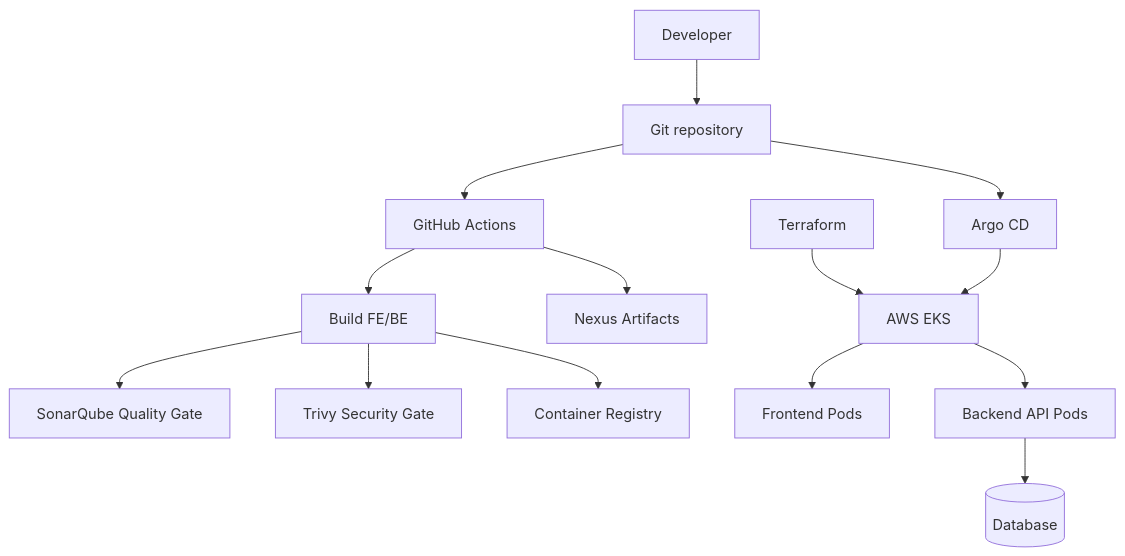
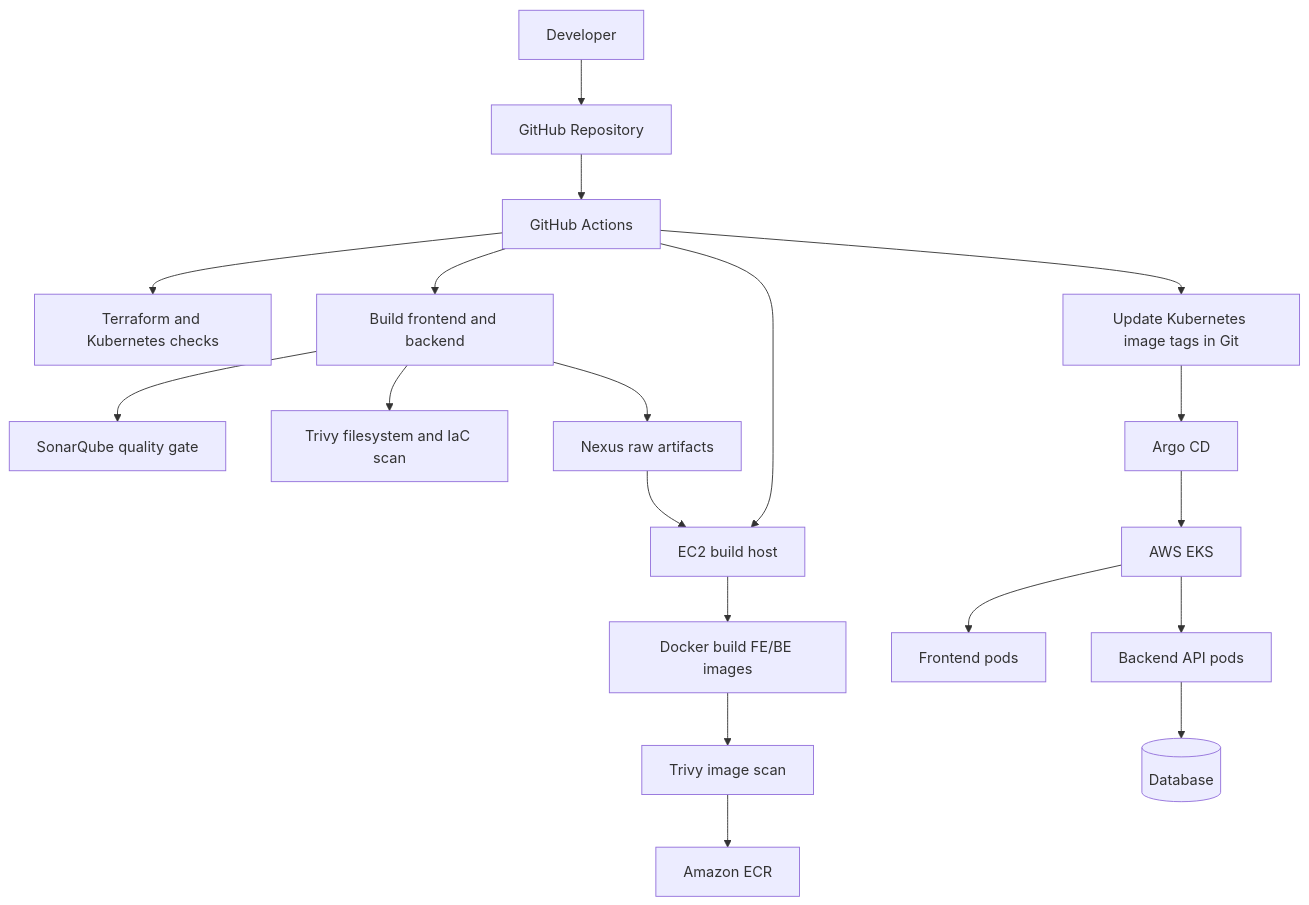
The diagram in README.md (Kien-devops/eks-cicd-argocd-sec-monitor), drawn with Mermaid before and after one commit. The commit also changed other lines of this file, not shown here.

````diff
--- a/README.md
+++ b/README.md
@@ -33,16 +35,25 @@
 ```mermaid
 flowchart TB
-  dev[Developer] --> git[Git repository]
+  dev[Developer] --> git[GitHub Repository]
   git --> gha[GitHub Actions]
-  gha --> build[Build FE/BE]
-  build --> sonar[SonarQube Quality Gate]
-  build --> trivy[Trivy Security Gate]
-  build --> registry[Container Registry]
-  terraform[Terraform] --> eks[AWS EKS]
-  git --> argocd[Argo CD]
-  argocd --> eks
-  eks --> fe[Frontend Pods]
-  eks --> be[Backend API Pods]
+
+  gha --> iac[Terraform and Kubernetes checks]
+  gha --> build[Build frontend and backend]
+  build --> sonar[SonarQube quality gate]
+  build --> trivyfs[Trivy filesystem and IaC scan]
+  build --> nexus[Nexus raw artifacts]
+
+  nexus --> ec2[EC2 build host]
+  gha --> ec2
+  ec2 --> docker[Docker build FE/BE images]
+  docker --> trivyimg[Trivy image scan]
+  trivyimg --> ecr[Amazon ECR]
+
+  gha --> manifest[Update Kubernetes image tags in Git]
+  manifest --> argocd[Argo CD]
+  argocd --> eks[AWS EKS]
+
+  eks --> fe[Frontend pods]
+  eks --> be[Backend API pods]
   be --> db[(Database)]
-  gha --> nexus[Nexus Artifacts]
 ```
````
